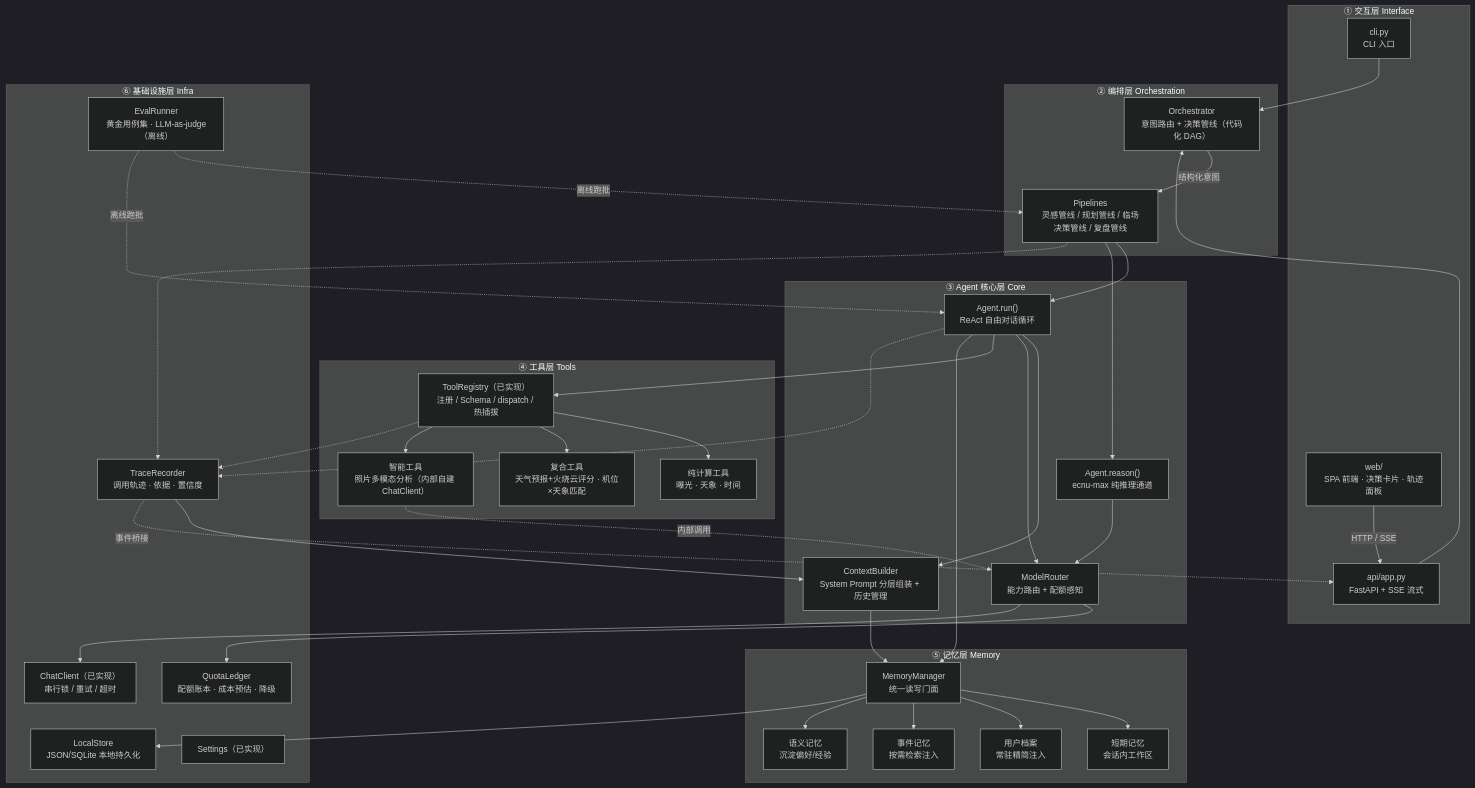
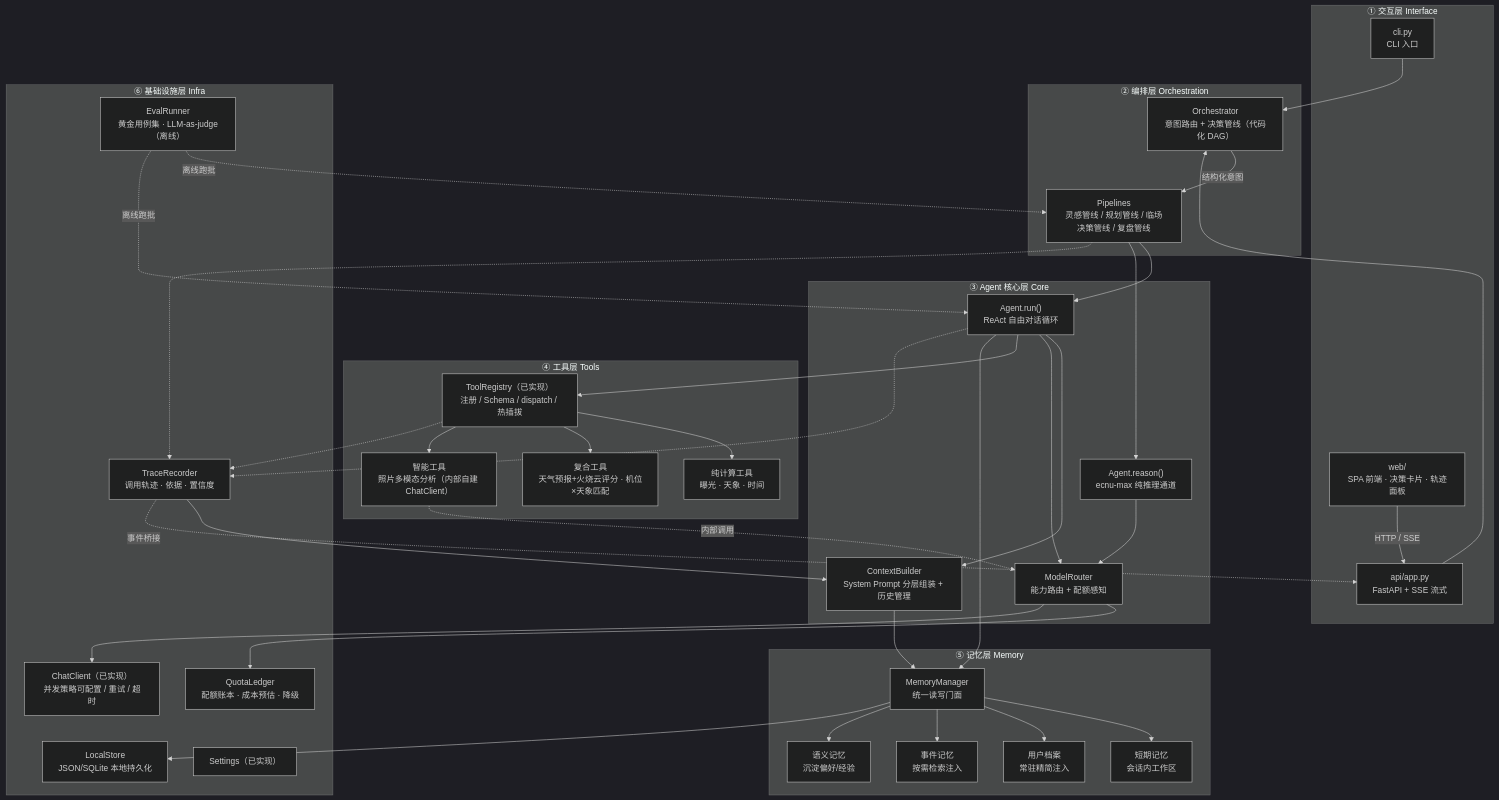
The first of 2 diagrams in docs/architecture.md (North-Q/LightTrail), drawn with Mermaid (dark theme) before and after one commit. The commit also changed other lines of this file and 17 other files, not shown here.

````diff
--- a/docs/architecture.md
+++ b/docs/architecture.md
@@ -19,70 +19,70 @@
 ```mermaid
 flowchart TB
     subgraph L1["① 交互层 Interface"]
         CLI["cli.py<br/>CLI 入口"]
         API["api/app.py<br/>FastAPI + SSE 流式"]
         WEB["web/<br/>SPA 前端 · 决策卡片 · 轨迹面板"]
     end
 
     subgraph L2["② 编排层 Orchestration"]
         ORCH["Orchestrator<br/>意图路由 + 决策管线（代码化 DAG）"]
         PIPE["Pipelines<br/>灵感管线 / 规划管线 / 临场决策管线 / 复盘管线"]
     end
 
     subgraph L3["③ Agent 核心层 Core"]
         AGENT["Agent.run()<br/>ReAct 自由对话循环"]
         REASON["Agent.reason()<br/>ecnu-max 纯推理通道"]
         CTXENG["ContextBuilder<br/>System Prompt 分层组装 + 历史管理"]
         ROUTER["ModelRouter<br/>能力路由 + 配额感知"]
     end
 
     subgraph L4["④ 工具层 Tools"]
         REG["ToolRegistry（已实现）<br/>注册 / Schema / dispatch / 热插拔"]
         T1["纯计算工具<br/>曝光 · 天象 · 时间"]
         T2["复合工具<br/>天气预报+火烧云评分 · 机位×天象匹配"]
         T3["智能工具<br/>照片多模态分析（内部自建 ChatClient）"]
     end
 
     subgraph L5["⑤ 记忆层 Memory"]
         MM["MemoryManager<br/>统一读写门面"]
         STM["短期记忆<br/>会话内工作区"]
         PRF["用户档案<br/>常驻精简注入"]
         EPM["事件记忆<br/>按需检索注入"]
         SEM["语义记忆<br/>沉淀偏好/经验"]
     end
 
     subgraph L6["⑥ 基础设施层 Infra"]
-        CLIENT["ChatClient（已实现）<br/>串行锁 / 重试 / 超时"]
+        CLIENT["ChatClient（已实现）<br/>并发策略可配置 / 重试 / 超时"]
         TRACE["TraceRecorder<br/>调用轨迹 · 依据 · 置信度"]
         STORE["LocalStore<br/>JSON/SQLite 本地持久化"]
         QUOTA["QuotaLedger<br/>配额账本 · 成本预估 · 降级"]
         EVAL["EvalRunner<br/>黄金用例集 · LLM-as-judge（离线）"]
         CONF["Settings（已实现）"]
     end
 
     CLI --> ORCH
     API --> ORCH
     WEB -->|HTTP / SSE| API
     ORCH -->|结构化意图| PIPE
     PIPE --> AGENT
     PIPE --> REASON
     AGENT --> CTXENG
     AGENT --> ROUTER
     REASON --> ROUTER
     ROUTER --> QUOTA
     ROUTER --> CLIENT
     AGENT --> REG
     REG --> T1 & T2 & T3
     T3 -.->|内部调用| ROUTER
     CTXENG --> MM
     AGENT --> MM
     MM --> STM & PRF & EPM & SEM
     MM --> STORE
     AGENT -.-> TRACE
     PIPE -.-> TRACE
     REG -.-> TRACE
     TRACE --> CTXENG
     TRACE -.->|事件桥接| API
     EVAL -.->|离线跑批| PIPE
     EVAL -.->|离线跑批| AGENT
 ```
````
